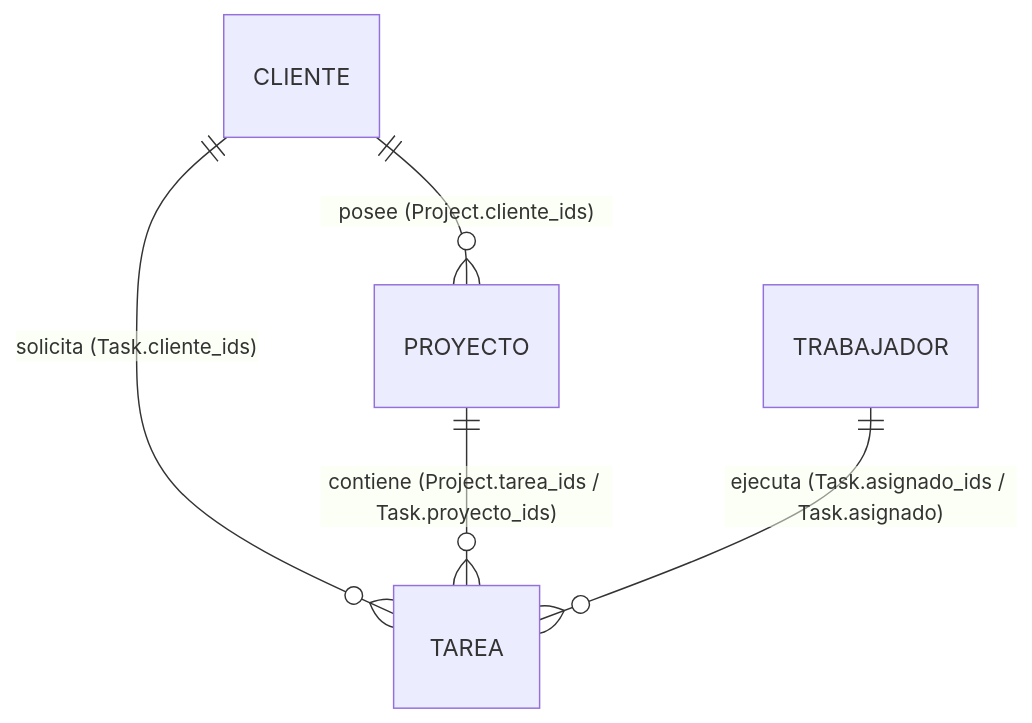
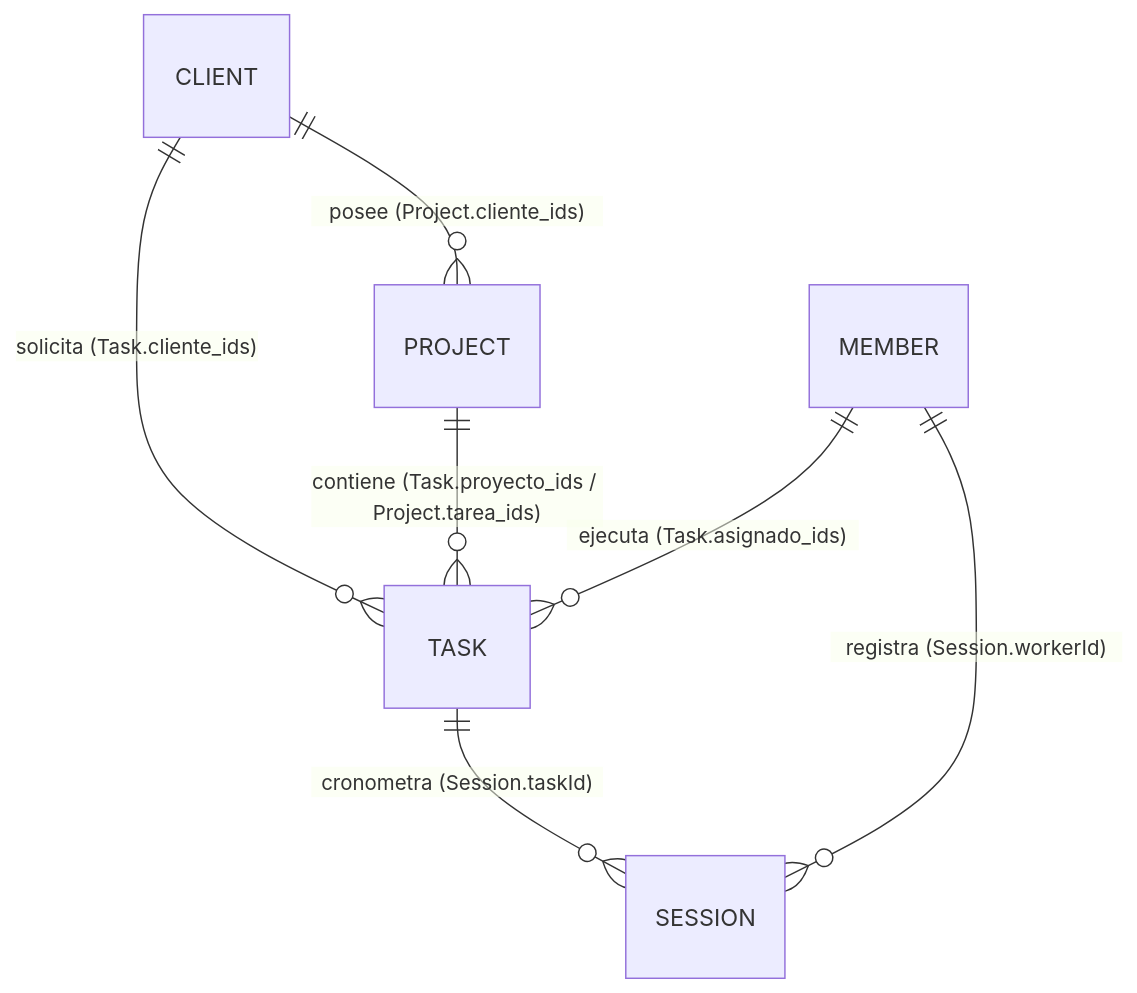
One commit to feikoo0/Brandex changed the diagram in SCHEMA.md. Above: the diagram before and after it, drawn with Mermaid. The commit also changed other lines of this file and 51 other files, not shown here.

````diff
--- a/SCHEMA.md
+++ b/SCHEMA.md
@@ -27,7 +25,9 @@
 ```mermaid
 erDiagram
-    CLIENTE ||--o{ PROYECTO : "posee (Project.cliente_ids)"
-    CLIENTE ||--o{ TAREA : "solicita (Task.cliente_ids)"
-    PROYECTO ||--o{ TAREA : "contiene (Project.tarea_ids / Task.proyecto_ids)"
-    TRABAJADOR ||--o{ TAREA : "ejecuta (Task.asignado_ids / Task.asignado)"
+    CLIENT ||--o{ PROJECT : "posee (Project.cliente_ids)"
+    CLIENT ||--o{ TASK : "solicita (Task.cliente_ids)"
+    PROJECT ||--o{ TASK : "contiene (Task.proyecto_ids / Project.tarea_ids)"
+    MEMBER ||--o{ TASK : "ejecuta (Task.asignado_ids)"
+    TASK ||--o{ SESSION : "cronometra (Session.taskId)"
+    MEMBER ||--o{ SESSION : "registra (Session.workerId)"
 ```
````
